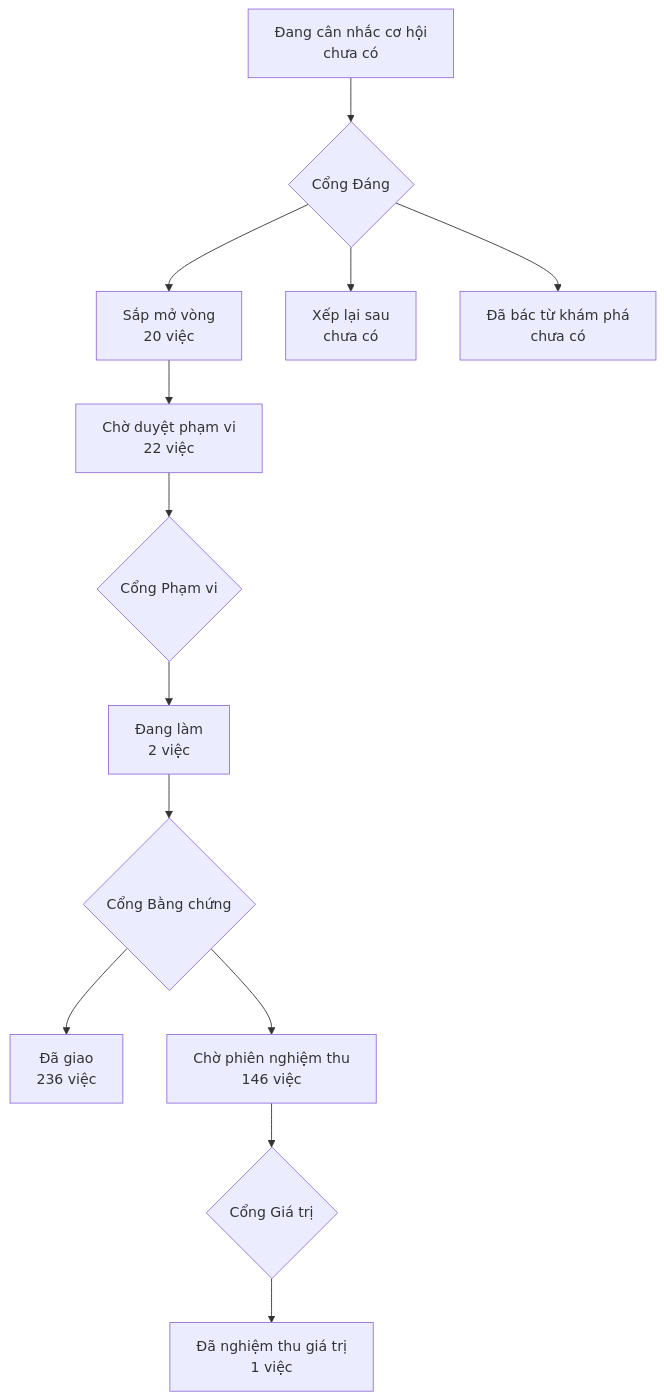
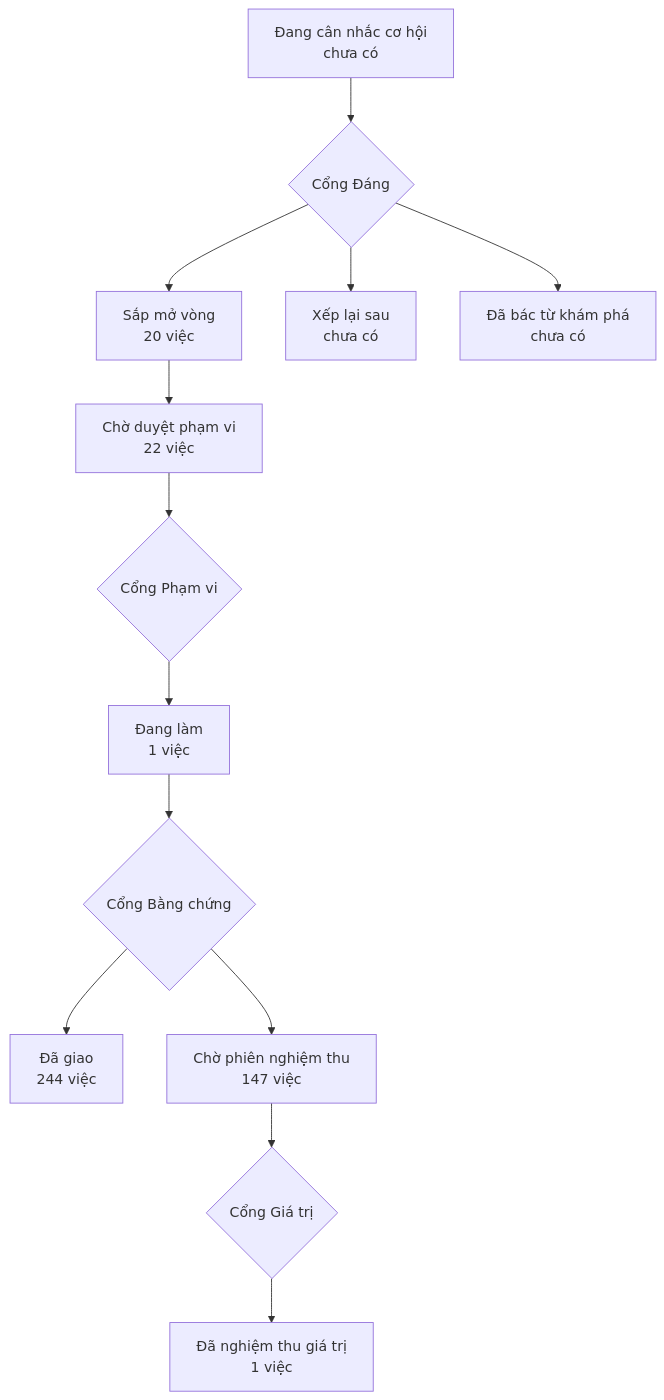
The diagram in PRODUCT-MAP.md (phanlemanh/onehub-invest), drawn with Mermaid before and after one commit. The commit also changed other lines of this file and 1 other file, not shown here.

````diff
--- a/PRODUCT-MAP.md
+++ b/PRODUCT-MAP.md
@@ -7,12 +7,12 @@
 ```mermaid
 flowchart TD
   A["Đang cân nhắc cơ hội<br/>chưa có"] --> GD{"Cổng Đáng"}
   GD --> B["Sắp mở vòng<br/>20 việc"]
   GD --> XL["Xếp lại sau<br/>chưa có"]
   GD --> DB["Đã bác từ khám phá<br/>chưa có"]
   B --> CD["Chờ duyệt phạm vi<br/>22 việc"] --> GP{"Cổng Phạm vi"}
-  GP --> DL["Đang làm<br/>2 việc"] --> GB{"Cổng Bằng chứng"}
-  GB --> DG["Đã giao<br/>236 việc"]
-  GB --> CN["Chờ phiên nghiệm thu<br/>146 việc"] --> GG{"Cổng Giá trị"}
+  GP --> DL["Đang làm<br/>1 việc"] --> GB{"Cổng Bằng chứng"}
+  GB --> DG["Đã giao<br/>244 việc"]
+  GB --> CN["Chờ phiên nghiệm thu<br/>147 việc"] --> GG{"Cổng Giá trị"}
   GG --> NT["Đã nghiệm thu giá trị<br/>1 việc"]
 ```
````
